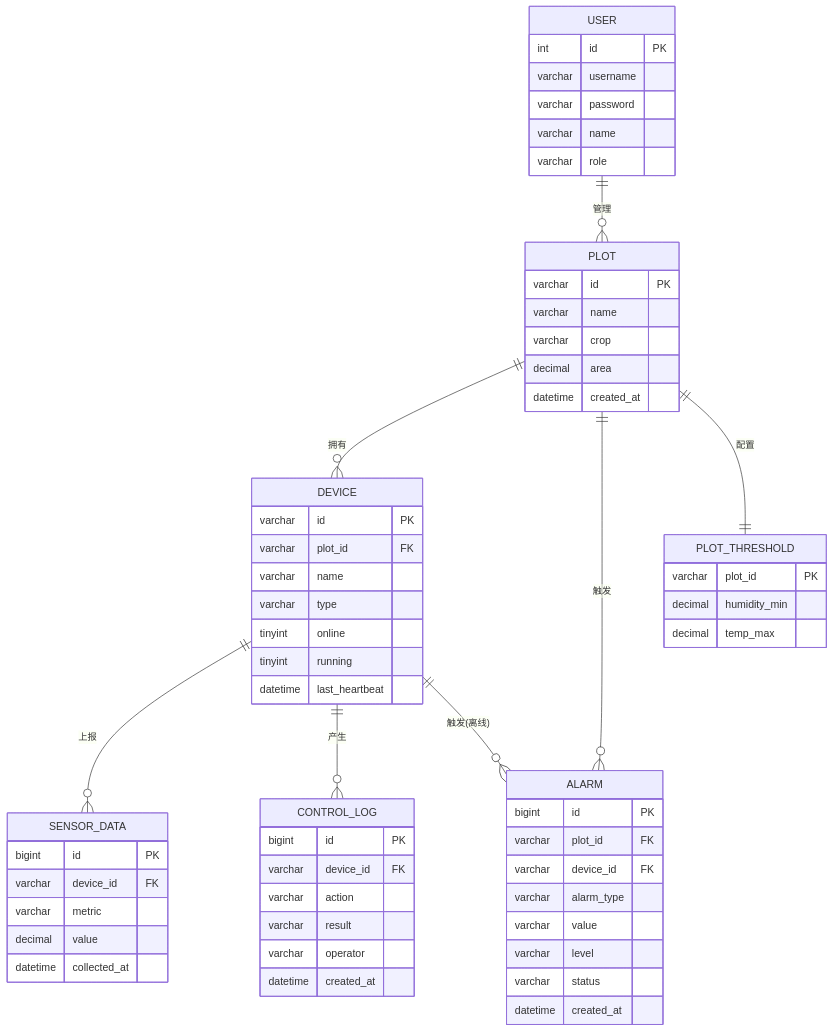
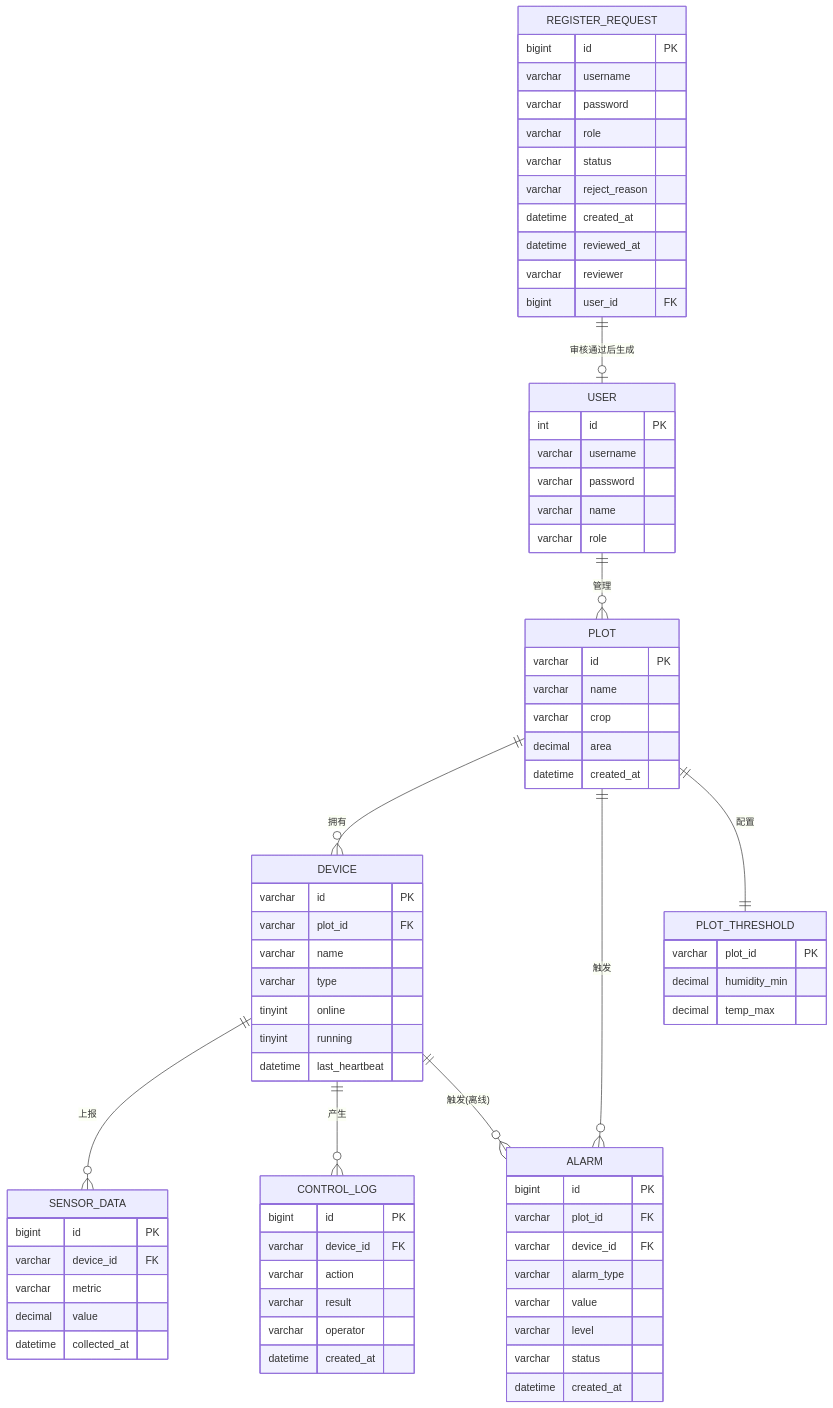
The diagram in 02_数据类型与ER设计.md (Lisesharte-p/smoke), drawn with Mermaid before and after one commit. The commit also changed other lines of this file and 3 other files, not shown here.

````diff
--- a/02_数据类型与ER设计.md
+++ b/02_数据类型与ER设计.md
@@ -134,64 +153,77 @@
 ```mermaid
 erDiagram
     USER ||--o{ PLOT : "管理"
     PLOT ||--o{ DEVICE : "拥有"
     DEVICE ||--o{ SENSOR_DATA : "上报"
     DEVICE ||--o{ CONTROL_LOG : "产生"
     PLOT ||--o{ ALARM : "触发"
     DEVICE ||--o{ ALARM : "触发(离线)"
     PLOT ||--|| PLOT_THRESHOLD : "配置"
+    REGISTER_REQUEST ||--o| USER : "审核通过后生成"
 
     USER {
         int id PK
         varchar username
         varchar password
         varchar name
         varchar role
     }
     PLOT {
         varchar id PK
         varchar name
         varchar crop
         decimal area
         datetime created_at
     }
     DEVICE {
         varchar id PK
         varchar plot_id FK
         varchar name
         varchar type
         tinyint online
         tinyint running
         datetime last_heartbeat
     }
     SENSOR_DATA {
         bigint id PK
         varchar device_id FK
         varchar metric
         decimal value
         datetime collected_at
     }
     PLOT_THRESHOLD {
         varchar plot_id PK
         decimal humidity_min
         decimal temp_max
     }
     ALARM {
         bigint id PK
         varchar plot_id FK
         varchar device_id FK
         varchar alarm_type
         varchar value
         varchar level
         varchar status
         datetime created_at
     }
     CONTROL_LOG {
         bigint id PK
         varchar device_id FK
         varchar action
         varchar result
         varchar operator
         datetime created_at
     }
+    REGISTER_REQUEST {
+        bigint id PK
+        varchar username
+        varchar password
+        varchar role
+        varchar status
+        varchar reject_reason
+        datetime created_at
+        datetime reviewed_at
+        varchar reviewer
+        bigint user_id FK
+    }
 ```
````
